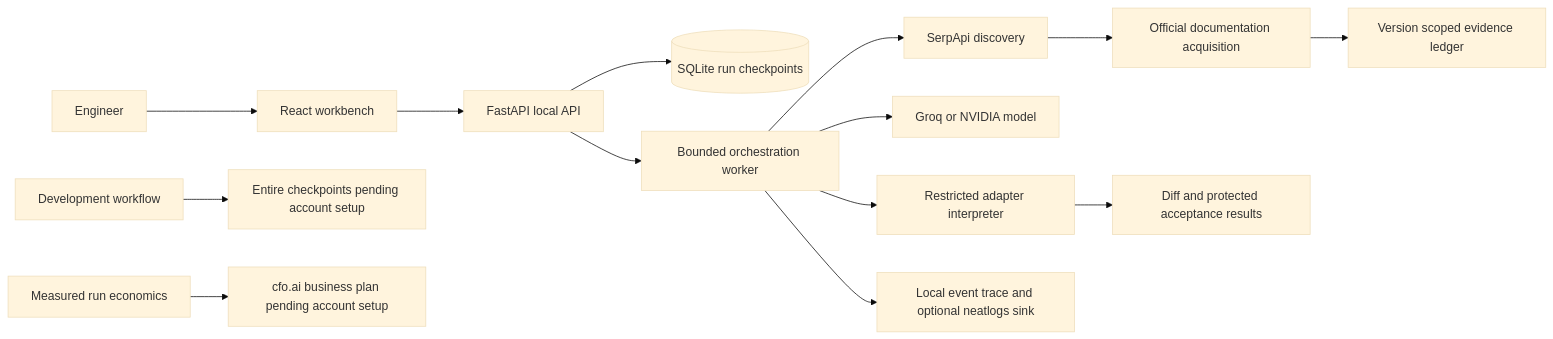
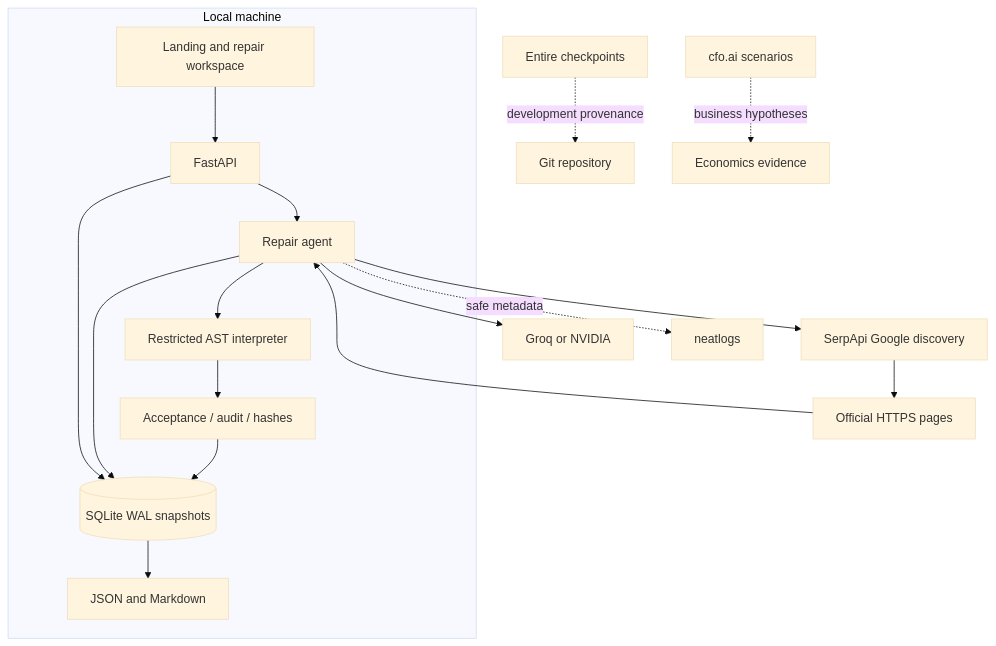
One commit to sankalp2515/PatchPilot changed the diagram in docs/architecture.md. Above: the diagram before and after it, drawn with Mermaid (base theme). The commit also changed other lines of this file and 75 other files, not shown here.

````diff
--- a/docs/architecture.md
+++ b/docs/architecture.md
@@ -7,16 +5,20 @@
 ```mermaid
-flowchart LR
-  User[Engineer] --> UI[React workbench]
-  UI --> API[FastAPI local API]
-  API --> DB[(SQLite run checkpoints)]
-  API --> Agent[Bounded orchestration worker]
-  Agent --> Search[SerpApi discovery]
-  Search --> Sources[Official documentation acquisition]
-  Sources --> Ledger[Version scoped evidence ledger]
-  Agent --> Model[Groq or NVIDIA model]
-  Agent --> Verify[Restricted adapter interpreter]
-  Verify --> Report[Diff and protected acceptance results]
-  Agent --> Trace[Local event trace and optional neatlogs sink]
-  Dev[Development workflow] --> Entire[Entire checkpoints pending account setup]
-  Metrics[Measured run economics] --> CFO[cfo.ai business plan pending account setup]
+flowchart TB
+  subgraph Local machine
+    Browser[Landing and repair workspace] --> API[FastAPI]
+    API --> Store[(SQLite WAL snapshots)]
+    API --> Agent[Repair agent]
+    Agent --> Store
+    Agent --> Interpreter[Restricted AST interpreter]
+    Interpreter --> Proof[Acceptance / audit / hashes]
+    Proof --> Store
+    Store --> Export[JSON and Markdown]
+  end
+  Agent --> Search[SerpApi Google discovery]
+  Search --> Acquire[Official HTTPS pages]
+  Acquire --> Agent
+  Agent --> Model[Groq or NVIDIA]
+  Agent -. safe metadata .-> Trace[neatlogs]
+  Entire[Entire checkpoints] -. development provenance .-> Git[Git repository]
+  CFO[cfo.ai scenarios] -. business hypotheses .-> Economics[Economics evidence]
 ```
````
